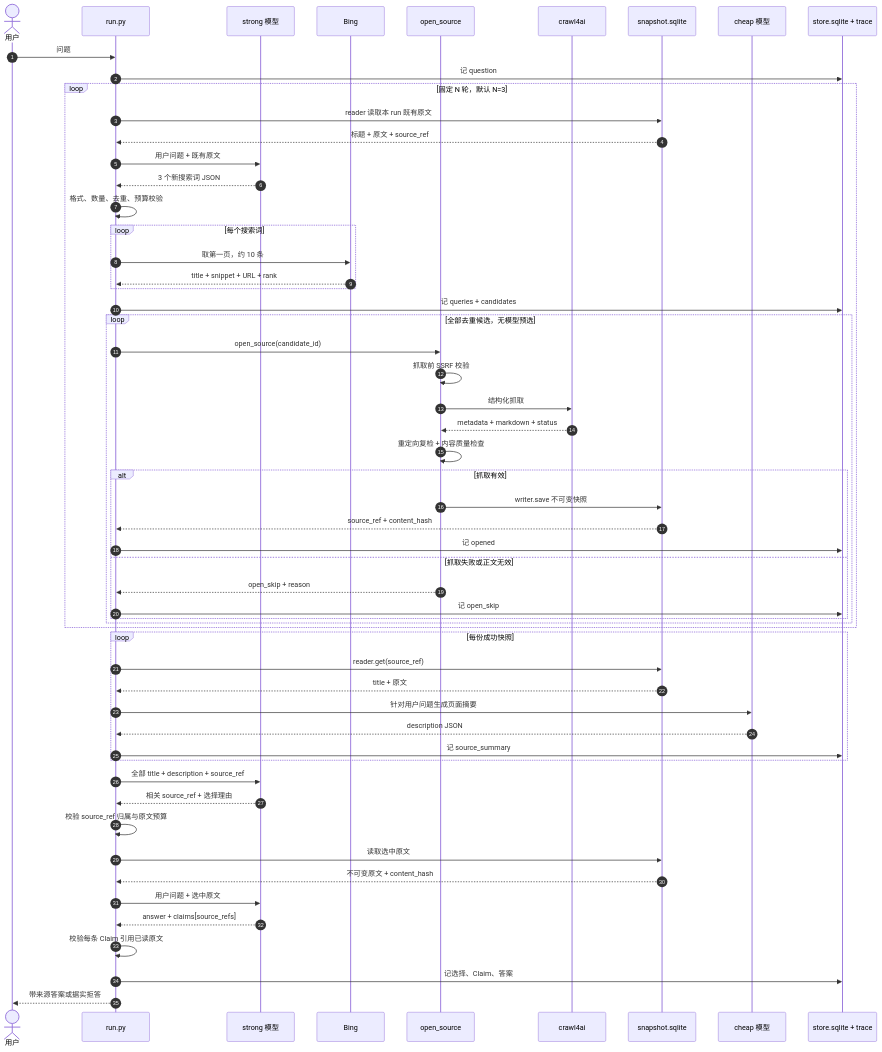
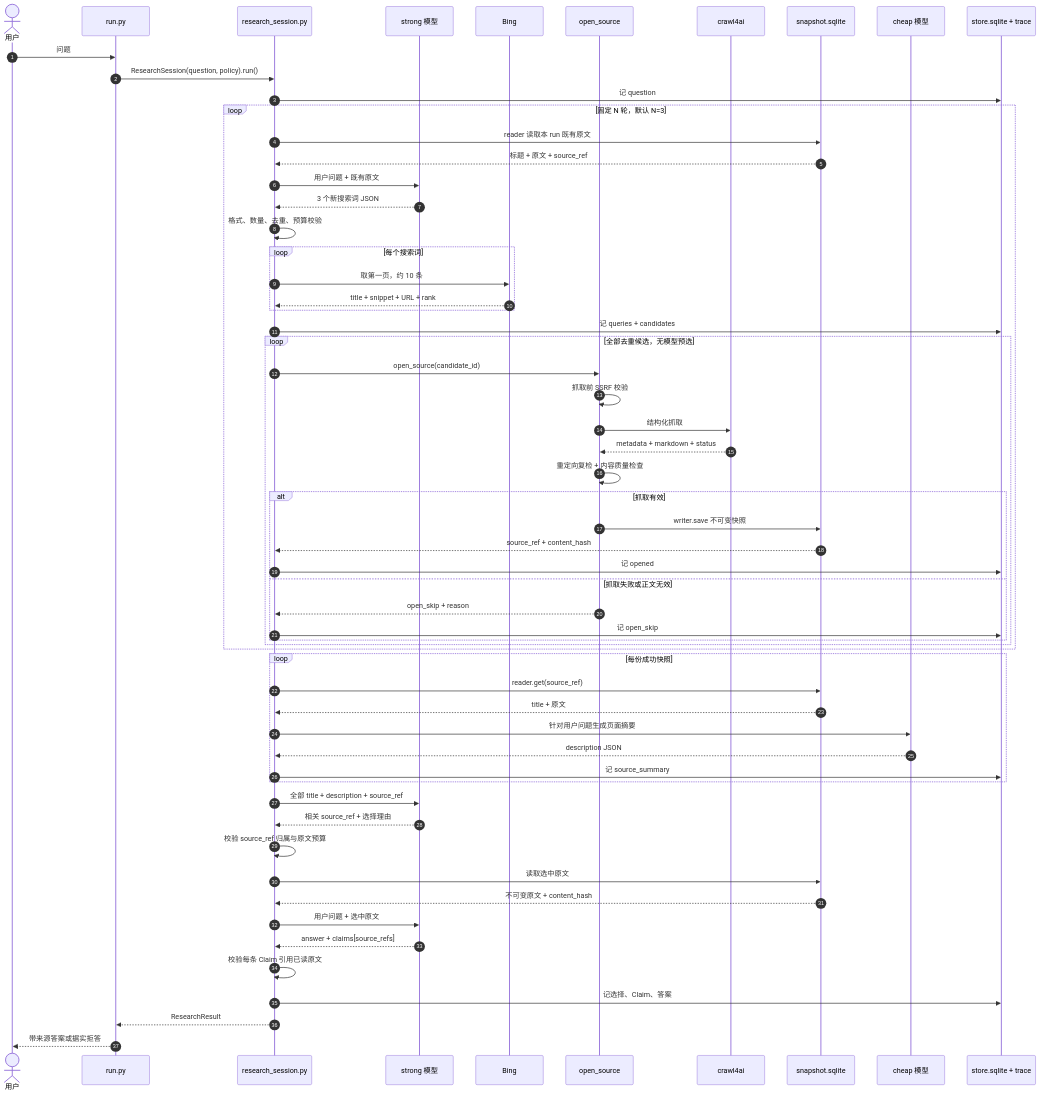
Before and after one commit to SuperCatQR/traceable-research-runtime: the third of 3 diagrams in docs/web-search-architecture.md, drawn with Mermaid. The commit also changed other lines of this file, not shown here.

Commit message:
docs: add research orchestration layer

````diff
--- a/docs/web-search-architecture.md
+++ b/docs/web-search-architecture.md
@@ -190,60 +213,63 @@
 ```mermaid
 sequenceDiagram
     autonumber
     actor U as 用户
     participant R as run.py
+    participant X as research_session.py
     participant S as strong 模型
     participant B as Bing
     participant O as open_source
     participant C as crawl4ai
     participant P as snapshot.sqlite
     participant W as cheap 模型
     participant A as store.sqlite + trace
 
     U->>R: 问题
-    R->>A: 记 question
+    R->>X: ResearchSession(question, policy).run()
+    X->>A: 记 question
     loop 固定 N 轮，默认 N=3
-        R->>P: reader 读取本 run 既有原文
-        P-->>R: 标题 + 原文 + source_ref
-        R->>S: 用户问题 + 既有原文
-        S-->>R: 3 个新搜索词 JSON
-        R->>R: 格式、数量、去重、预算校验
+        X->>P: reader 读取本 run 既有原文
+        P-->>X: 标题 + 原文 + source_ref
+        X->>S: 用户问题 + 既有原文
+        S-->>X: 3 个新搜索词 JSON
+        X->>X: 格式、数量、去重、预算校验
         loop 每个搜索词
-            R->>B: 取第一页，约 10 条
-            B-->>R: title + snippet + URL + rank
+            X->>B: 取第一页，约 10 条
+            B-->>X: title + snippet + URL + rank
         end
-        R->>A: 记 queries + candidates
+        X->>A: 记 queries + candidates
         loop 全部去重候选，无模型预选
-            R->>O: open_source(candidate_id)
+            X->>O: open_source(candidate_id)
             O->>O: 抓取前 SSRF 校验
             O->>C: 结构化抓取
             C-->>O: metadata + markdown + status
             O->>O: 重定向复检 + 内容质量检查
             alt 抓取有效
                 O->>P: writer.save 不可变快照
-                P-->>R: source_ref + content_hash
-                R->>A: 记 opened
+                P-->>X: source_ref + content_hash
+                X->>A: 记 opened
             else 抓取失败或正文无效
-                O-->>R: open_skip + reason
-                R->>A: 记 open_skip
+                O-->>X: open_skip + reason
+                X->>A: 记 open_skip
             end
         end
     end
     loop 每份成功快照
-        R->>P: reader.get(source_ref)
-        P-->>R: title + 原文
-        R->>W: 针对用户问题生成页面摘要
-        W-->>R: description JSON
-        R->>A: 记 source_summary
+        X->>P: reader.get(source_ref)
+        P-->>X: title + 原文
+        X->>W: 针对用户问题生成页面摘要
+        W-->>X: description JSON
+        X->>A: 记 source_summary
     end
-    R->>S: 全部 title + description + source_ref
-    S-->>R: 相关 source_ref + 选择理由
-    R->>R: 校验 source_ref 归属与原文预算
-    R->>P: 读取选中原文
-    P-->>R: 不可变原文 + content_hash
-    R->>S: 用户问题 + 选中原文
-    S-->>R: answer + claims[source_refs]
-    R->>R: 校验每条 Claim 引用已读原文
-    R->>A: 记选择、Claim、答案
+    X->>S: 全部 title + description + source_ref
+    S-->>X: 相关 source_ref + 选择理由
+    X->>X: 校验 source_ref 归属与原文预算
+    X->>P: 读取选中原文
+    P-->>X: 不可变原文 + content_hash
+    X->>S: 用户问题 + 选中原文
+    S-->>X: answer + claims[source_refs]
+    X->>X: 校验每条 Claim 引用已读原文
+    X->>A: 记选择、Claim、答案
+    X-->>R: ResearchResult
     R-->>U: 带来源答案或据实拒答
 ```
````
